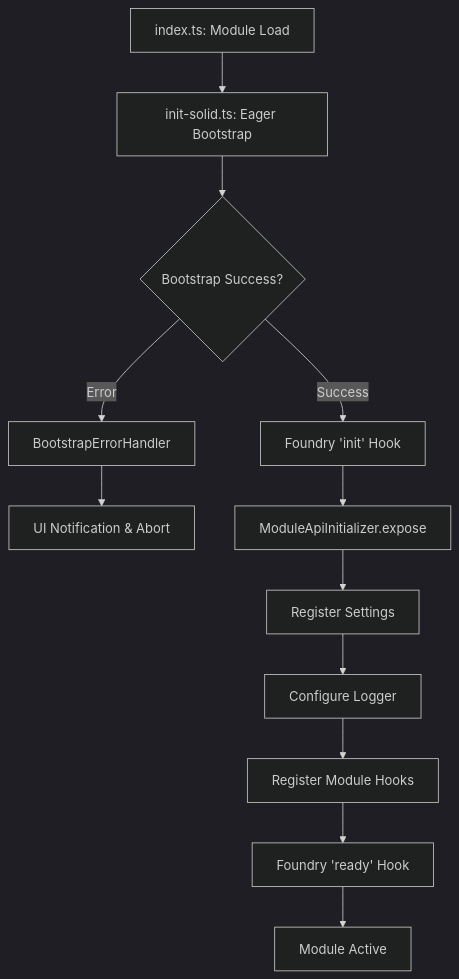
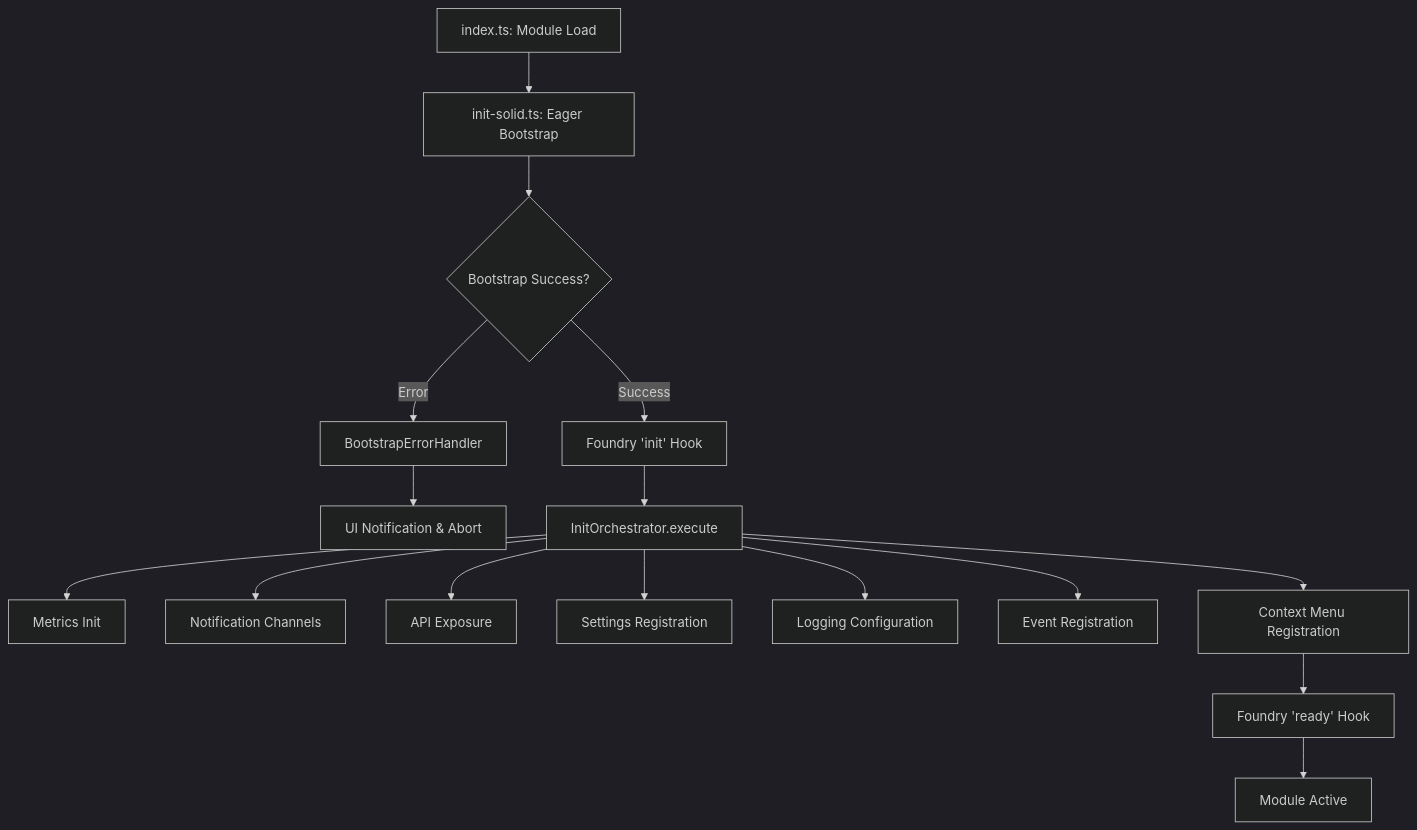
One commit to Lewellyen/fvtt_relationship_app_module changed the diagram in docs/BOOTFLOW.md. Above: the diagram before and after it, drawn with Mermaid (dark theme). The commit also changed other lines of this file and 55 other files, not shown here.

````diff
--- a/docs/BOOTFLOW.md
+++ b/docs/BOOTFLOW.md
@@ -25,14 +25,18 @@
 ```mermaid
 graph TD
     A[index.ts: Module Load] --> B[init-solid.ts: Eager Bootstrap]
     B --> C{Bootstrap Success?}
     C -->|Error| D[BootstrapErrorHandler]
     D --> E[UI Notification & Abort]
     C -->|Success| F[Foundry 'init' Hook]
-    F --> G[ModuleApiInitializer.expose]
-    G --> H[Register Settings]
-    H --> I[Configure Logger]
-    I --> J[Register Module Hooks]
-    J --> K[Foundry 'ready' Hook]
+    F --> G[InitOrchestrator.execute]
+    G --> H1[Metrics Init]
+    G --> H2[Notification Channels]
+    G --> H3[API Exposure]
+    G --> H4[Settings Registration]
+    G --> H5[Logging Configuration]
+    G --> H6[Event Registration]
+    G --> H7[Context Menu Registration]
+    H7 --> K[Foundry 'ready' Hook]
     K --> L[Module Active]
 ```
````
